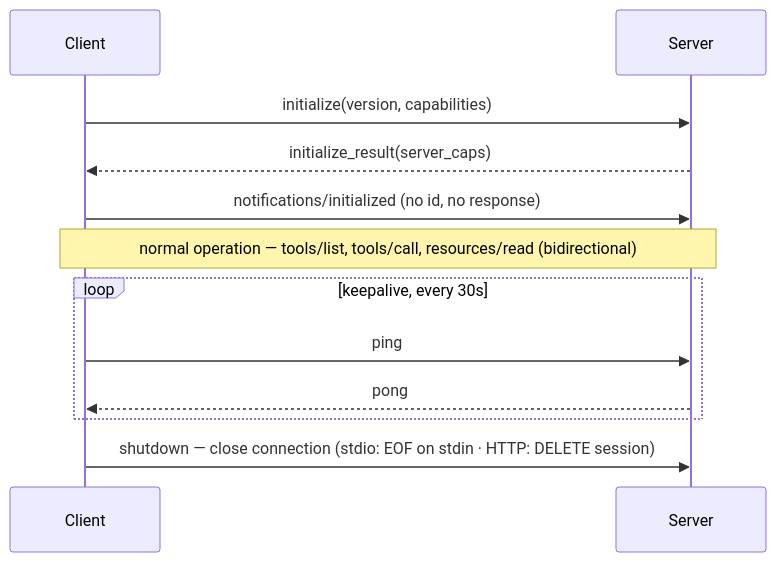
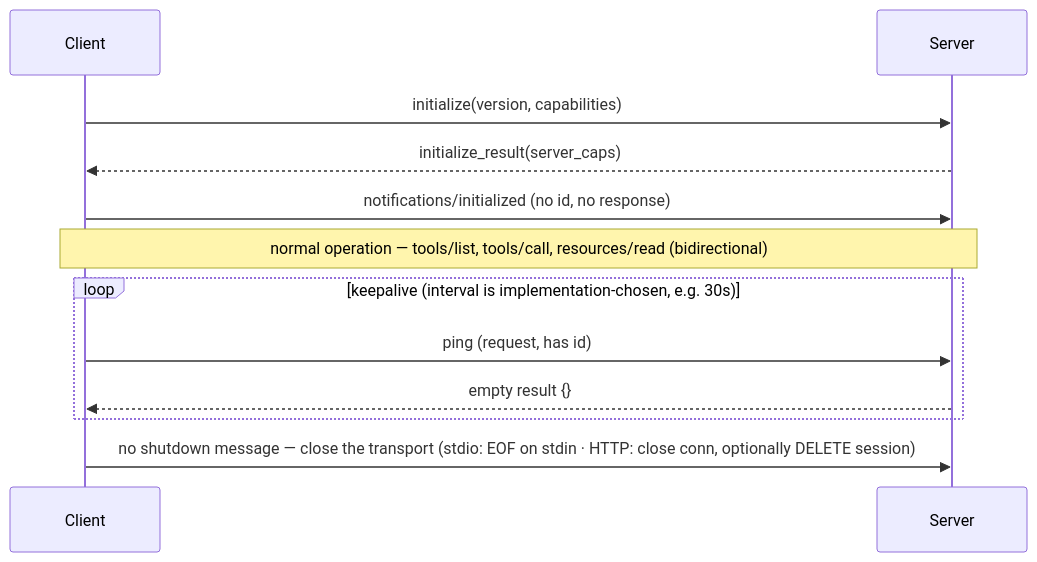
The diagram in src/main/java/com/rutik/systemdesign/llm/mcp_model_context_protocol/mcp_transports_and_jsonrpc.md (rppol/system-design), drawn with Mermaid before and after one commit. The commit also changed other lines of this file and 113 other files, not shown here.

````diff
--- a/src/main/java/com/rutik/systemdesign/llm/mcp_model_context_protocol/mcp_transports_and_jsonrpc.md
+++ b/src/main/java/com/rutik/systemdesign/llm/mcp_model_context_protocol/mcp_transports_and_jsonrpc.md
@@ -130,14 +131,14 @@
 ```mermaid
 sequenceDiagram
     participant C as Client
     participant S as Server
     C->>S: initialize(version, capabilities)
     S-->>C: initialize_result(server_caps)
     C->>S: notifications/initialized (no id, no response)
     Note over C,S: normal operation — tools/list, tools/call, resources/read (bidirectional)
-    loop keepalive, every 30s
-        C->>S: ping
-        S-->>C: pong
+    loop keepalive (interval is implementation-chosen, e.g. 30s)
+        C->>S: ping (request, has id)
+        S-->>C: empty result {}
     end
-    C->>S: shutdown — close connection (stdio: EOF on stdin · HTTP: DELETE session)
+    C->>S: no shutdown message — close the transport (stdio: EOF on stdin · HTTP: close conn, optionally DELETE session)
 ```
````
